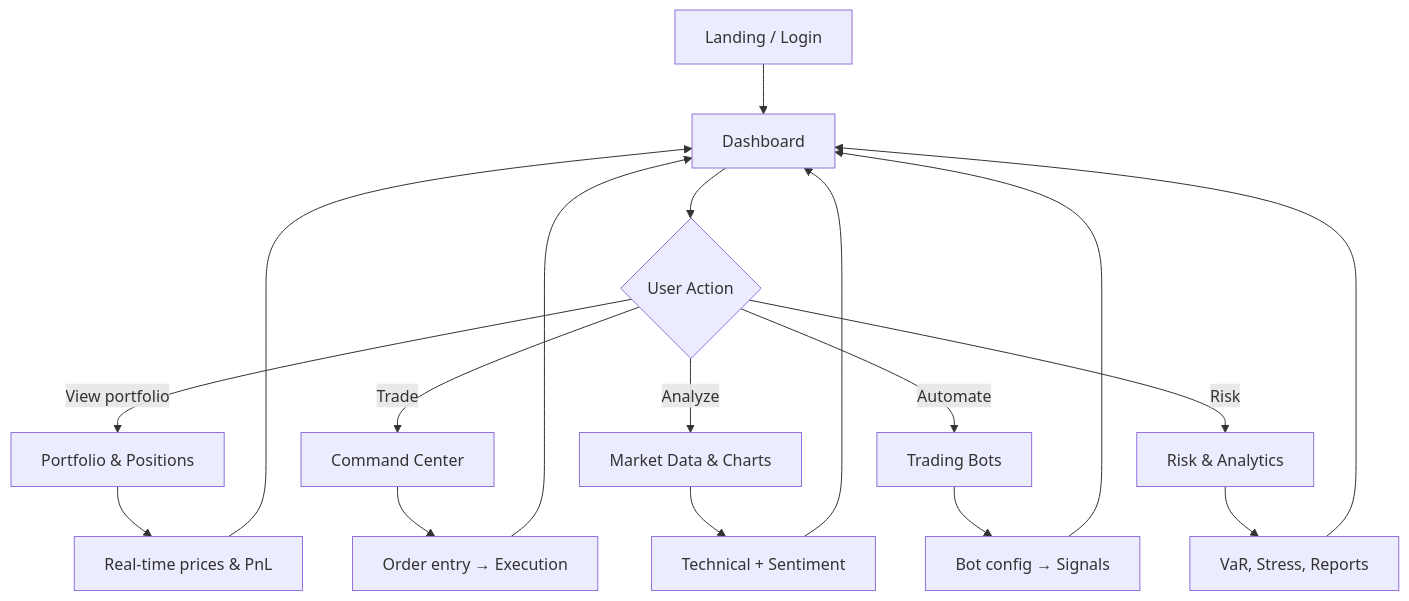
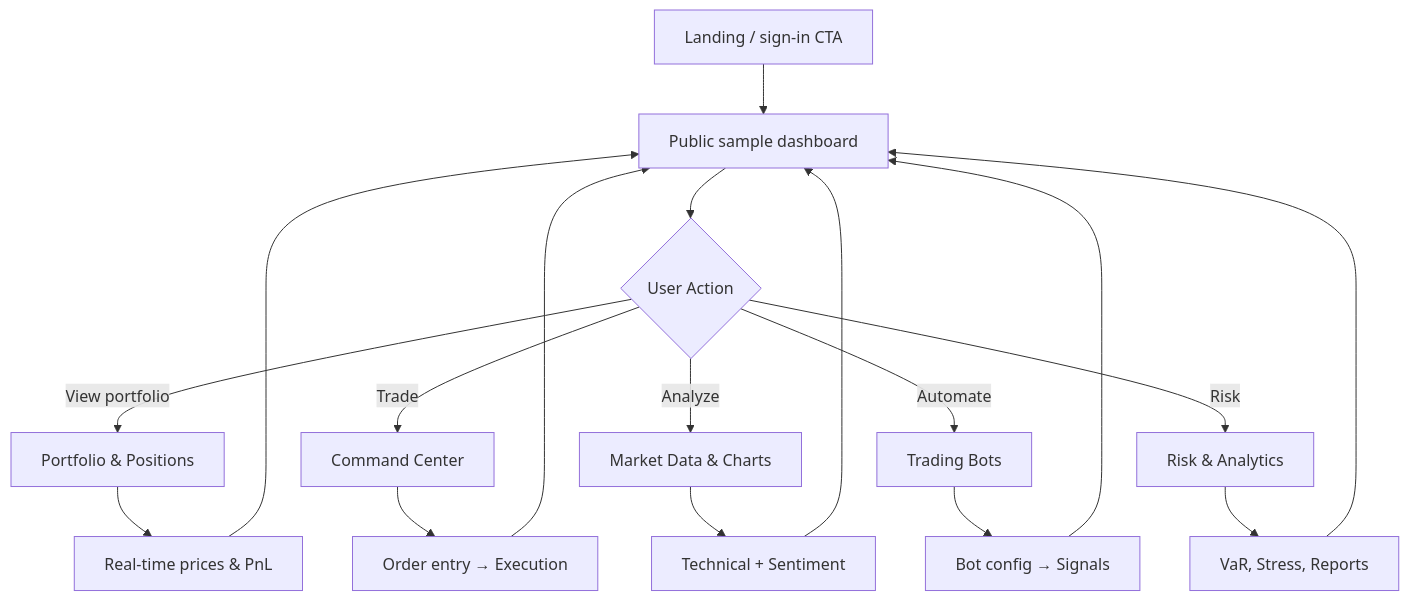
Before and after one commit to massoudsh/Findash: the second of 3 diagrams in wiki-content/Home.md, drawn with Mermaid. The commit also changed other lines of this file and 13 other files, not shown here.

First line of the commit message:
docs: public sample dashboard, local startup, and port pitfalls

````diff
--- a/wiki-content/Home.md
+++ b/wiki-content/Home.md
@@ -71,16 +72,16 @@
 ```mermaid
 flowchart TD
-    A[Landing / Login] --> B[Dashboard]
+    A[Landing / sign-in CTA] --> B[Public sample dashboard]
     B --> C{User Action}
     C -->|View portfolio| D[Portfolio & Positions]
     C -->|Trade| E[Command Center]
     C -->|Analyze| F[Market Data & Charts]
     C -->|Automate| G[Trading Bots]
     C -->|Risk| H[Risk & Analytics]
     D --> I[Real-time prices & PnL]
     E --> J[Order entry → Execution]
     F --> K[Technical + Sentiment]
     G --> L[Bot config → Signals]
     H --> M[VaR, Stress, Reports]
     I & J & K & L & M --> B
 ```
````
